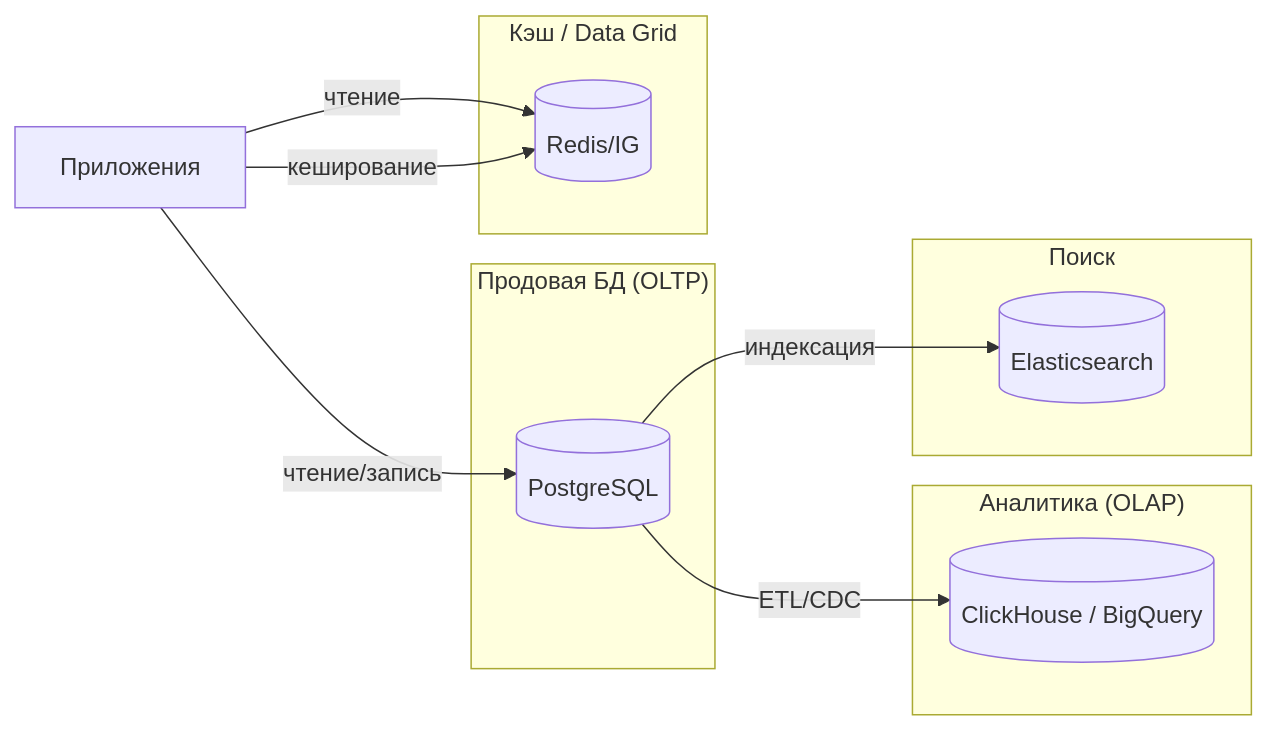
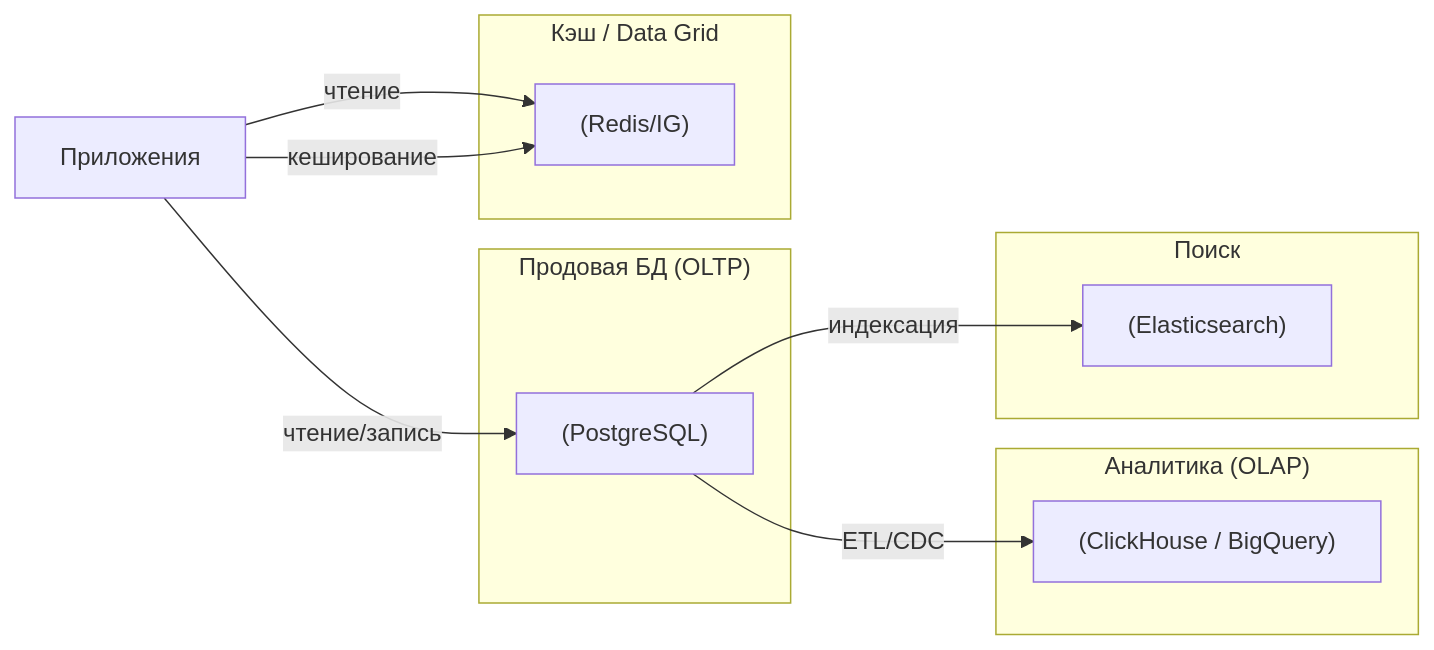
One commit to DDoSKudya/ai-study-atlas changed the second of 2 diagrams in directions/architecture/pact/18_backend_dannye_v_arkhitekture_replikatsiya_shardirovanie_kesh_poliglot_persistenciya/03_18_3_poliglot_persistentnost_kesh_i_space_based_arhitektura.md. Above: the diagram before and after it, drawn with Mermaid. The commit also changed other lines of this file and 322 other files, not shown here.

Commit message:
fix(docs): make mermaid diagrams GitHub-compatible across directions content

````diff
--- a/directions/architecture/pact/18_backend_dannye_v_arkhitekture_replikatsiya_shardirovanie_kesh_poliglot_persistenciya/03_18_3_poliglot_persistentnost_kesh_i_space_based_arhitektura.md
+++ b/directions/architecture/pact/18_backend_dannye_v_arkhitekture_replikatsiya_shardirovanie_kesh_poliglot_persistenciya/03_18_3_poliglot_persistentnost_kesh_i_space_based_arhitektura.md
@@ -256,24 +256,24 @@
 ```mermaid
 flowchart LR
   subgraph Core["Продовая БД (OLTP)"]
-    DB1[(PostgreSQL)]
+    DB1["(PostgreSQL)"]
   end
 
   subgraph Cache["Кэш / Data Grid"]
-    Redis[(Redis/IG)]
+    Redis["(Redis/IG)"]
   end
 
   subgraph Analytics["Аналитика (OLAP)"]
-    DWH[(ClickHouse / BigQuery)]
+    DWH["(ClickHouse / BigQuery)"]
   end
 
   subgraph Search["Поиск"]
-    ES[(Elasticsearch)]
+    ES["(Elasticsearch)"]
   end
 
-  App[Приложения] -->|чтение/запись| DB1
+  App["Приложения"] -->|чтение/запись| DB1
   App -->|чтение| Redis
   DB1 -->|ETL/CDC| DWH
   DB1 -->|индексация| ES
   App -->|кеширование| Redis
 ```
````
